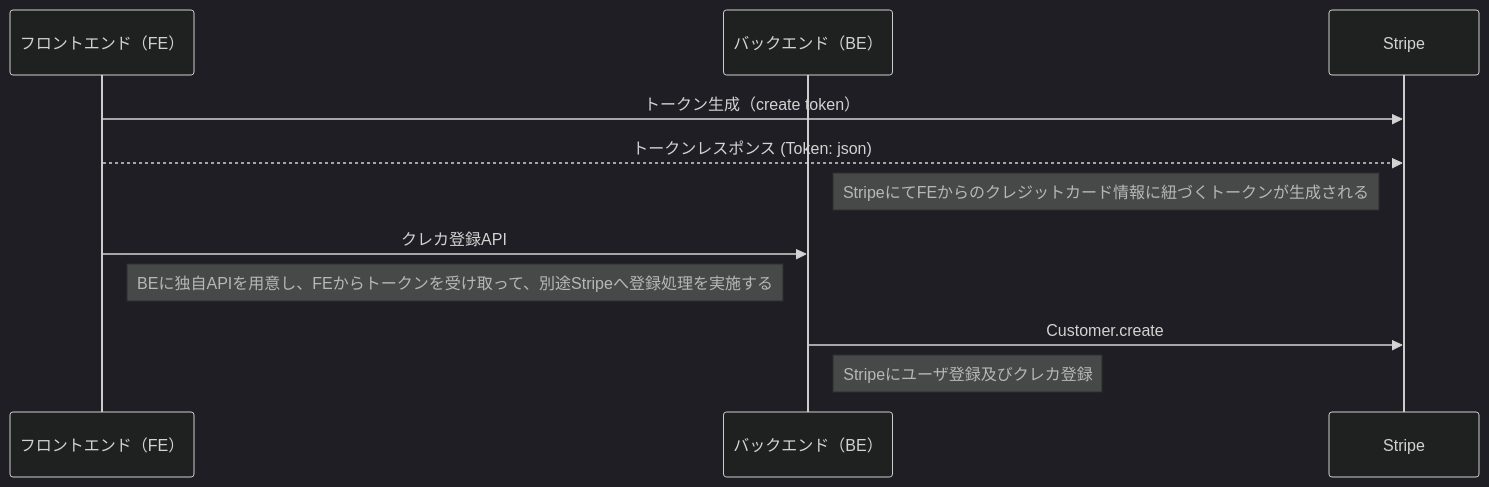
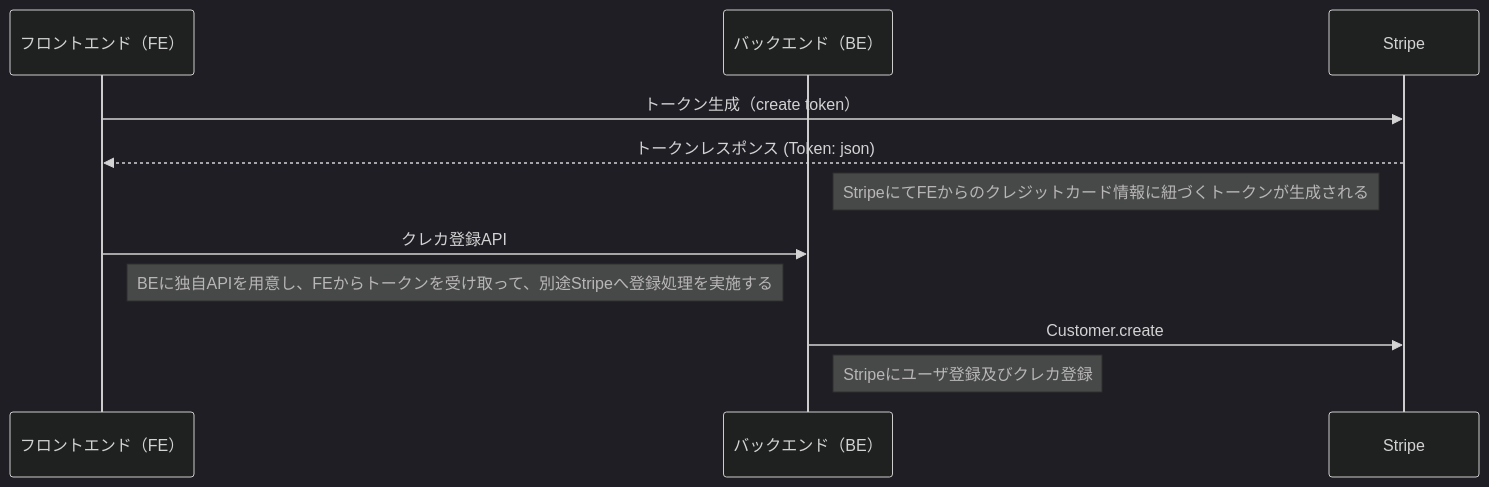
Before and after one commit to sekine555/fe-react-next-example: the diagram in README.md, drawn with Mermaid (dark theme).

Commit message:
シーケンス修正

````diff
--- a/README.md
+++ b/README.md
@@ -61,15 +61,15 @@
 ```mermaid
 sequenceDiagram
 participant A as フロントエンド（FE）
 participant B as バックエンド（BE）
 participant C as Stripe
 A->>C: トークン生成（create token）
-A-->>C: トークンレスポンス (Token: json)
+C-->>A: トークンレスポンス (Token: json)
 Note left of C: StripeにてFEからのクレジットカード情報に紐づくトークンが生成される
 
 A->>B: クレカ登録API
 Note right of A: BEに独自APIを用意し、FEからトークンを受け取って、別途Stripeへ登録処理を実施する
 
 B->>C: Customer.create
 Note right of B: Stripeにユーザ登録及びクレカ登録
 ```
````
